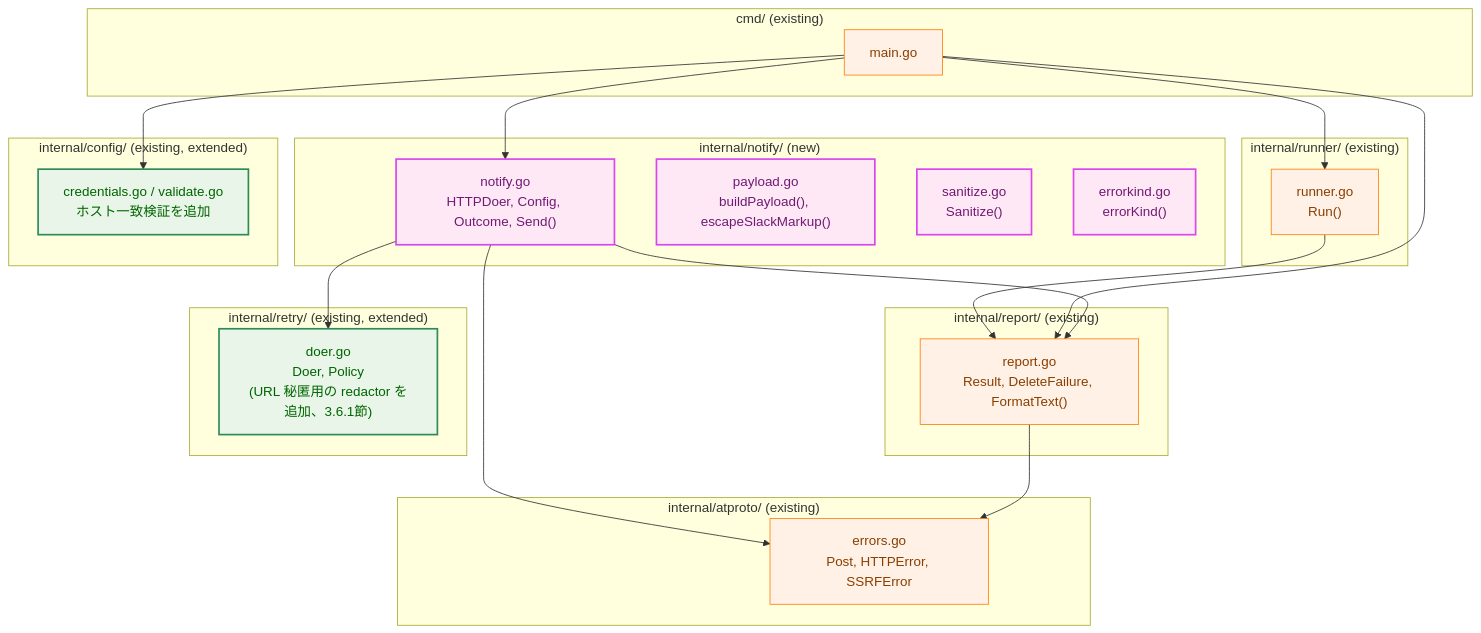
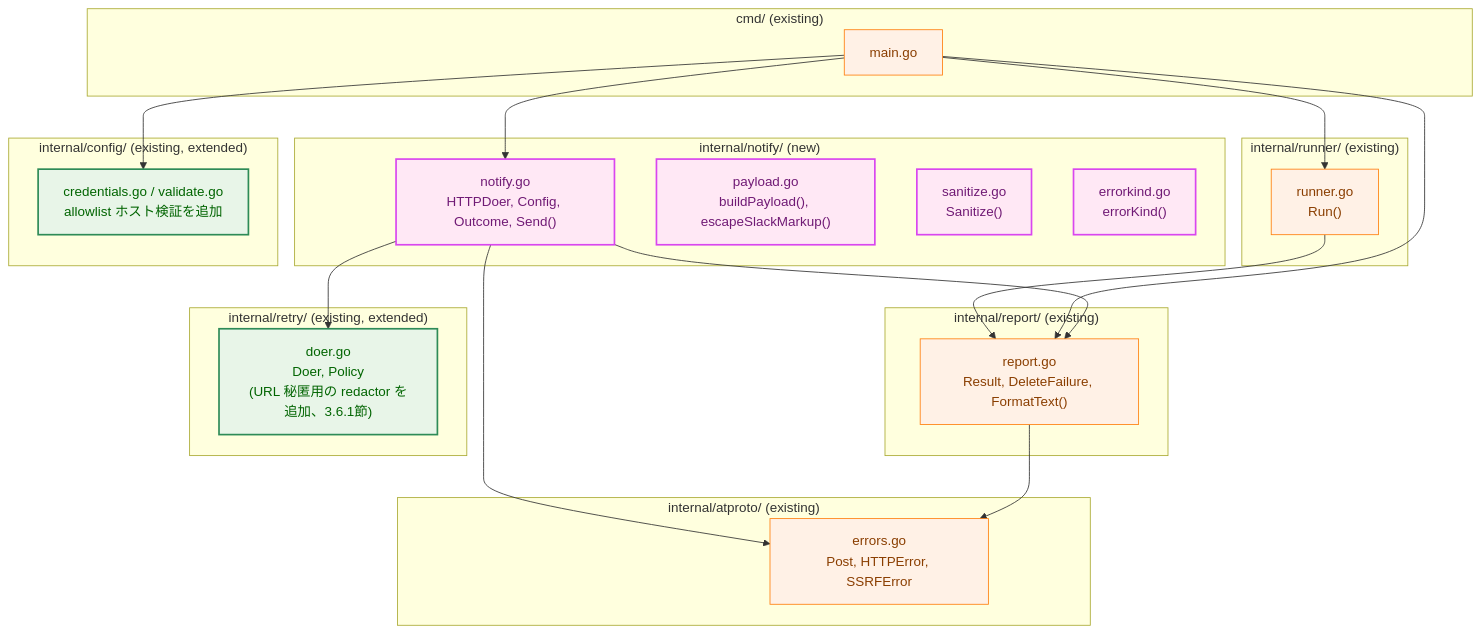
One commit to isseis/bsky-cleaner changed the second of 4 diagrams in docs/tasks/0006_slack_notification/02_architecture.md. Above: the diagram before and after it, drawn with Mermaid. The commit also changed other lines of this file and 3 other files, not shown here.

````diff
--- a/docs/tasks/0006_slack_notification/02_architecture.md
+++ b/docs/tasks/0006_slack_notification/02_architecture.md
@@ -66,51 +67,51 @@
 ```mermaid
 graph TB
     classDef enhanced fill:#e8f5e8,stroke:#2e8b57,stroke-width:2px,color:#006400;
     classDef process fill:#fff1e6,stroke:#ff7f0e,stroke-width:1px,color:#8a3e00;
     classDef newpkg fill:#ffe8f5,stroke:#d946ef,stroke-width:2px,color:#701a75;
 
     subgraph pkg_new ["internal/notify/ (new)"]
         N1["notify.go<br>HTTPDoer, Config, Outcome, Send()"]
         N2["payload.go<br>buildPayload(), escapeSlackMarkup()"]
         N3["sanitize.go<br>Sanitize()"]
         N4["errorkind.go<br>errorKind()"]
     end
 
     subgraph pkg_existing_cmd ["cmd/ (existing)"]
         M1["main.go"]
     end
 
     subgraph pkg_existing_runner ["internal/runner/ (existing)"]
         RN1["runner.go<br>Run()"]
     end
 
     subgraph pkg_existing_report ["internal/report/ (existing)"]
         R1["report.go<br>Result, DeleteFailure, FormatText()"]
     end
 
     subgraph pkg_existing_atproto ["internal/atproto/ (existing)"]
         AT1["errors.go<br>Post, HTTPError, SSRFError"]
     end
 
     subgraph pkg_existing_retry ["internal/retry/ (existing, extended)"]
         RT1["doer.go<br>Doer, Policy<br>(URL 秘匿用の redactor を追加、3.6.1節)"]
     end
 
     subgraph pkg_existing_config ["internal/config/ (existing, extended)"]
-        C1["credentials.go / validate.go<br>ホスト一致検証を追加"]
+        C1["credentials.go / validate.go<br>allowlist ホスト検証を追加"]
     end
 
     M1 --> RN1
     RN1 --> R1
     M1 --> N1
     M1 --> R1
     M1 --> C1
     N1 --> R1
     N1 --> RT1
     N1 --> AT1
     R1 --> AT1
 
     class N1,N2,N3,N4 newpkg
     class M1,RN1,R1,AT1 process
     class RT1,C1 enhanced
 ```
````
